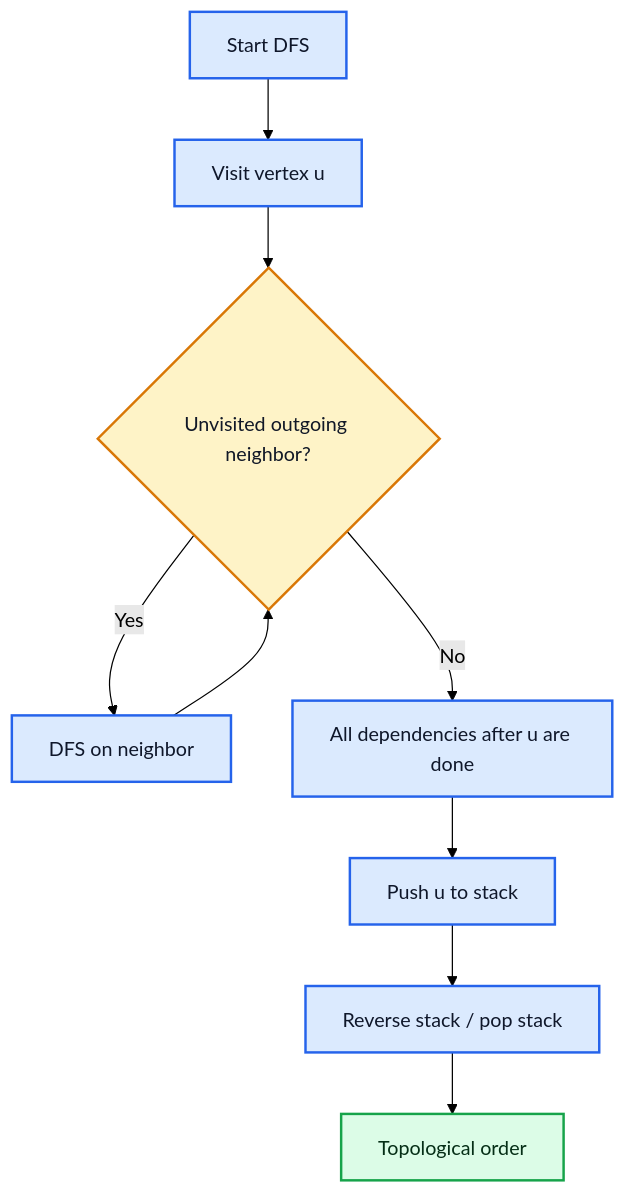
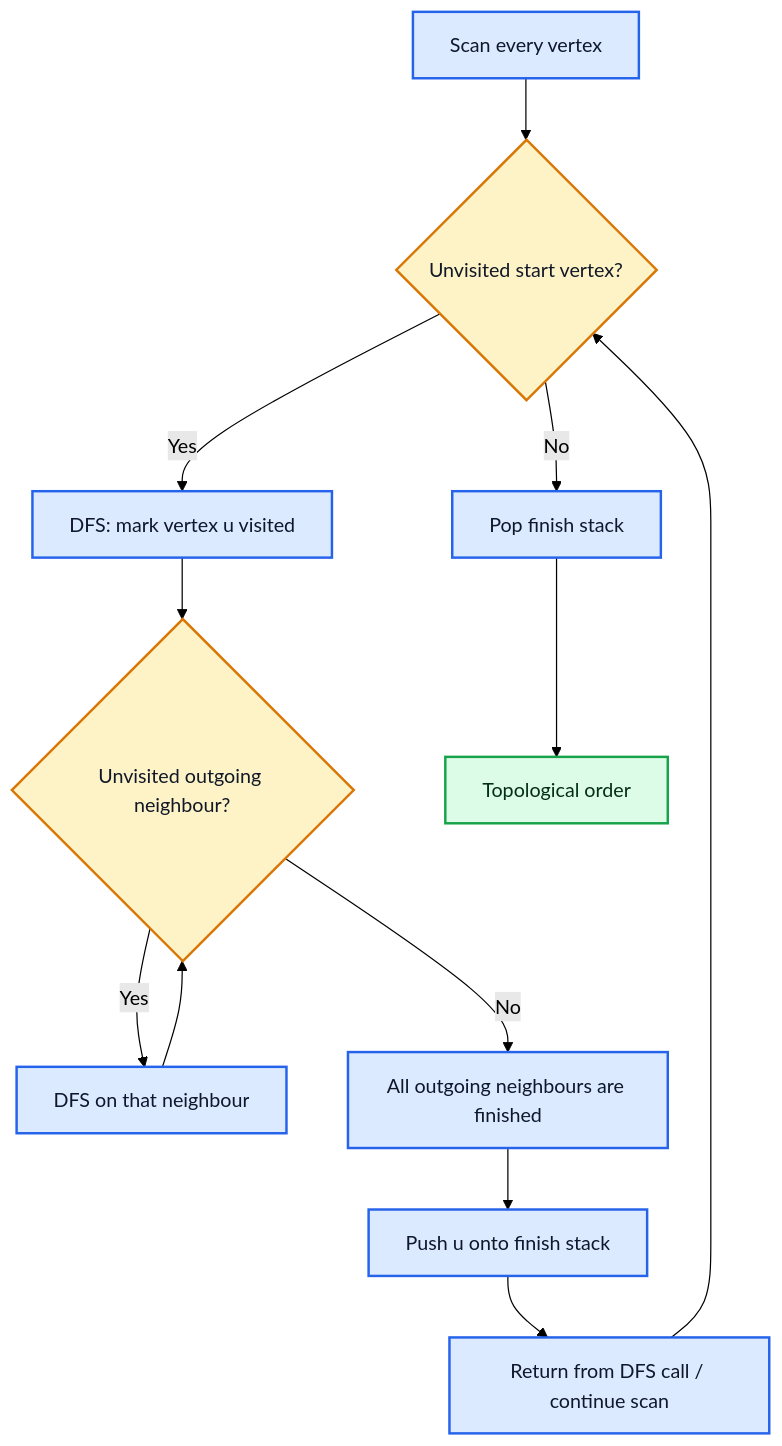
Diagram 18 of 23 in Chapter 11 - Graph Algorithms/README.md (M-F-Tushar/CSE-2201-2202-Algorithm-Design-and-Analysis-Sessional), drawn with Mermaid (forest theme) before and after one commit. The commit also changed other lines of this file, not shown here.

````diff
--- a/Chapter 11 - Graph Algorithms/README.md
+++ b/Chapter 11 - Graph Algorithms/README.md
@@ -1533,18 +1554,21 @@
 ```mermaid
 flowchart TB
-	Start["Start DFS"] --> Visit["Visit vertex u"]
-	Visit --> Neigh{"Unvisited outgoing neighbor?"}
-	Neigh -->|Yes| Recurse["DFS on neighbor"]
+	Start["Scan every vertex"] --> Root{"Unvisited start vertex?"}
+	Root -->|Yes| Visit["DFS: mark vertex u visited"]
+	Root -->|No| Reverse["Pop finish stack"]
+	Visit --> Neigh{"Unvisited outgoing neighbour?"}
+	Neigh -->|Yes| Recurse["DFS on that neighbour"]
 	Recurse --> Neigh
-	Neigh -->|No| Finish["All dependencies after u are done"]
-	Finish --> Push["Push u to stack"]
-	Push --> Reverse["Reverse stack / pop stack"]
+	Neigh -->|No| Finish["All outgoing neighbours are finished"]
+	Finish --> Push["Push u onto finish stack"]
+	Push --> Return["Return from DFS call / continue scan"]
+	Return --> Root
 	Reverse --> Order["Topological order"]
 
 	classDef process fill:#dbeafe,stroke:#2563eb,stroke-width:2px,color:#0f172a;
 	classDef decision fill:#fef3c7,stroke:#d97706,stroke-width:2px,color:#111827;
 	classDef result fill:#dcfce7,stroke:#16a34a,stroke-width:2px,color:#052e16;
-	class Start,Visit,Recurse,Finish,Push,Reverse process;
-	class Neigh decision;
+	class Start,Visit,Recurse,Finish,Push,Return,Reverse process;
+	class Root,Neigh decision;
 	class Order result;
 ```
````
